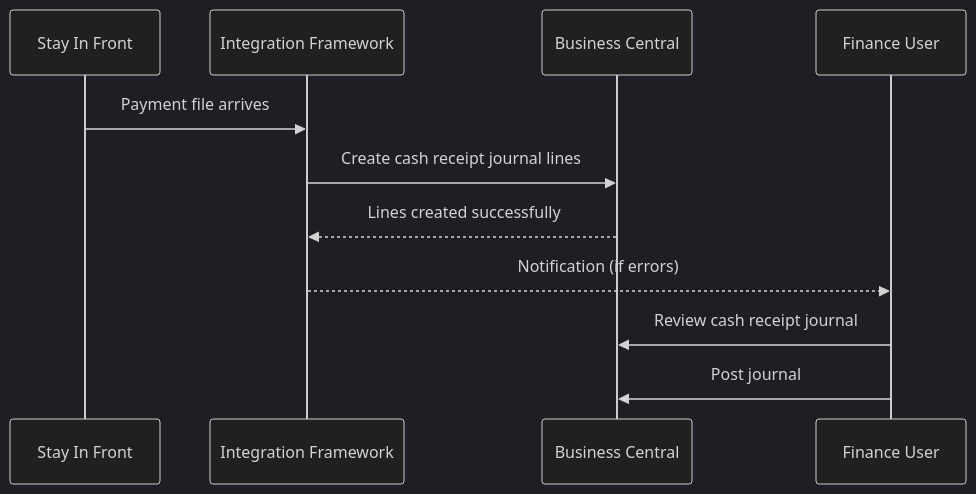
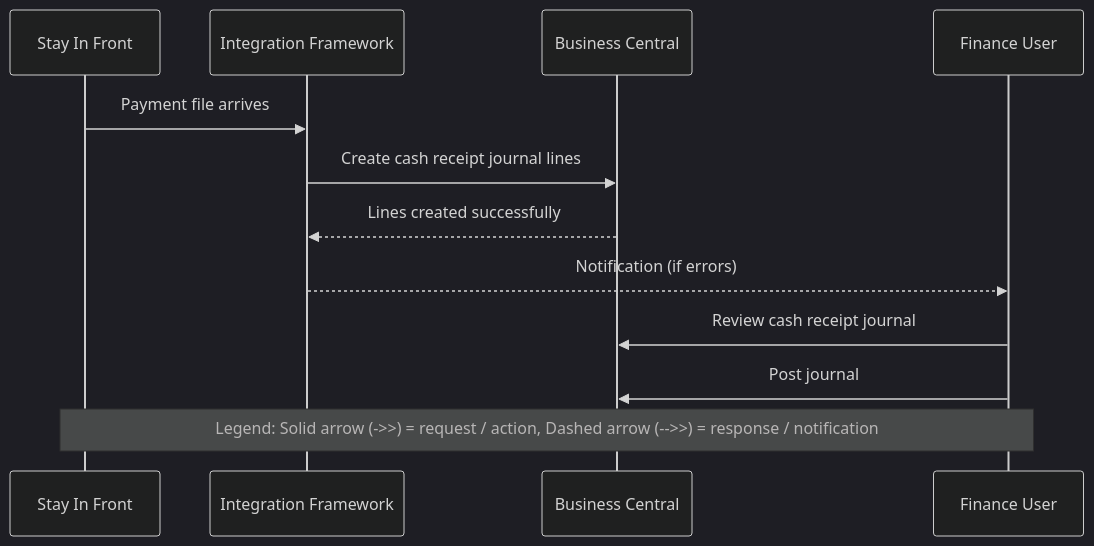
The third of 4 diagrams in docs/walkers/stay-in-front-integration-user-guide.md (timeastman/rr_documentation), drawn with Mermaid (dark theme) before and after one commit. The commit also changed other lines of this file, not shown here.

Commit message:
docs: Update Stay In Front Integration User Guide

````diff
--- a/docs/walkers/stay-in-front-integration-user-guide.md
+++ b/docs/walkers/stay-in-front-integration-user-guide.md
@@ -151,14 +151,16 @@
 ```mermaid
 sequenceDiagram
     participant SIF as Stay In Front
     participant FW as Integration Framework
     participant BC as Business Central
     participant User as Finance User
 
     SIF->>FW: Payment file arrives
     FW->>BC: Create cash receipt journal lines
     BC-->>FW: Lines created successfully
     FW-->>User: Notification (if errors)
     User->>BC: Review cash receipt journal
     User->>BC: Post journal
+
+    Note over SIF,User: Legend: Solid arrow (->>) = request / action, Dashed arrow (-->>) = response / notification
 ```
````
